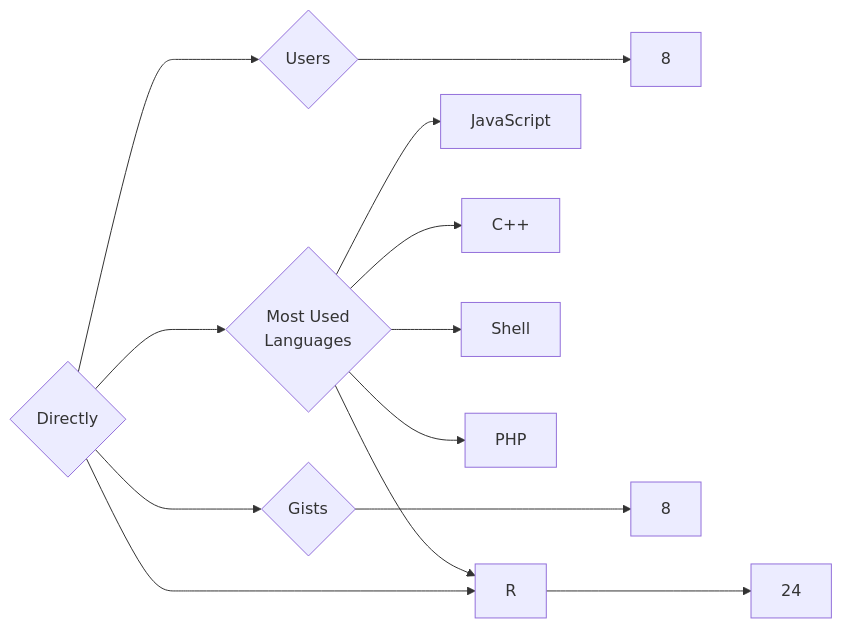
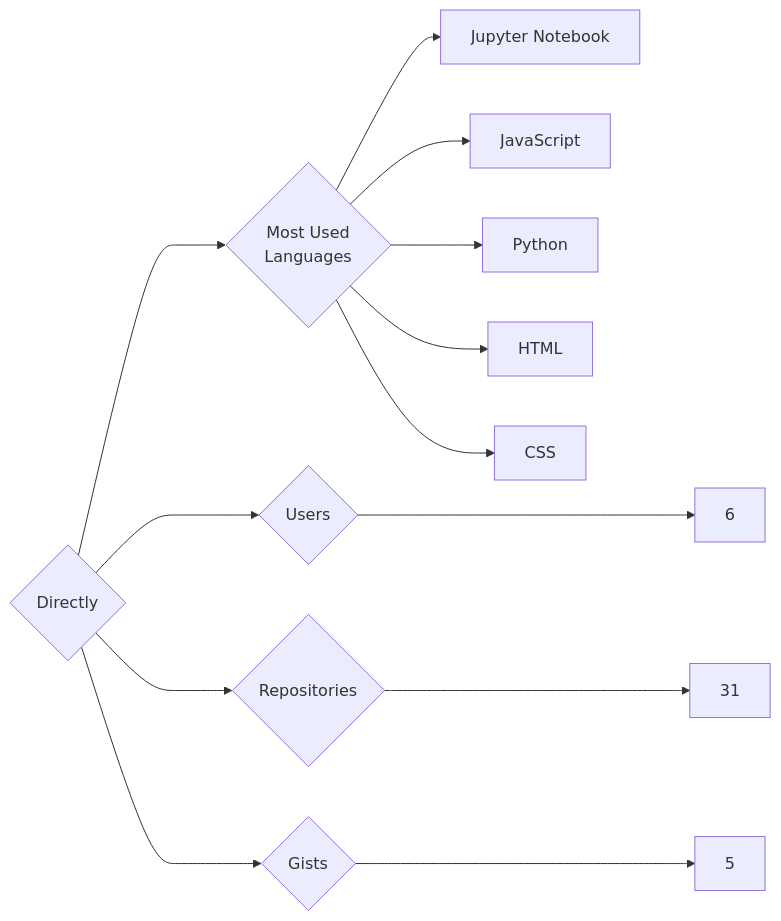
The diagram in targets/Directly/README.md (trickest/insiders), drawn with Mermaid before and after one commit. The commit also changed 1020 other files, not shown here.

````diff
--- a/targets/Directly/README.md
+++ b/targets/Directly/README.md
@@ -3,13 +3,13 @@
 ```mermaid
 graph LR
 COMPANY_NAME{Directly}
-COMPANY_NAME ---> U{Users} ---> UN[8]
-COMPANY_NAME ---> R{Repositories} ---> RN[24]
-COMPANY_NAME ---> G{Gists} ---> GN[8]
+COMPANY_NAME ---> U{Users} ---> UN[6]
+COMPANY_NAME ---> R{Repositories} ---> RN[31]
+COMPANY_NAME ---> G{Gists} ---> GN[5]
 COMPANY_NAME ---> ML{Most Used<br>Languages}
+ML --> Jupyter_Notebook[Jupyter Notebook]
 ML --> JavaScript[JavaScript]
-ML --> C++[C++]
-ML --> Shell[Shell]
-ML --> R[R]
-ML --> PHP[PHP]
+ML --> Python[Python]
+ML --> HTML[HTML]
+ML --> CSS[CSS]
 ```
````
